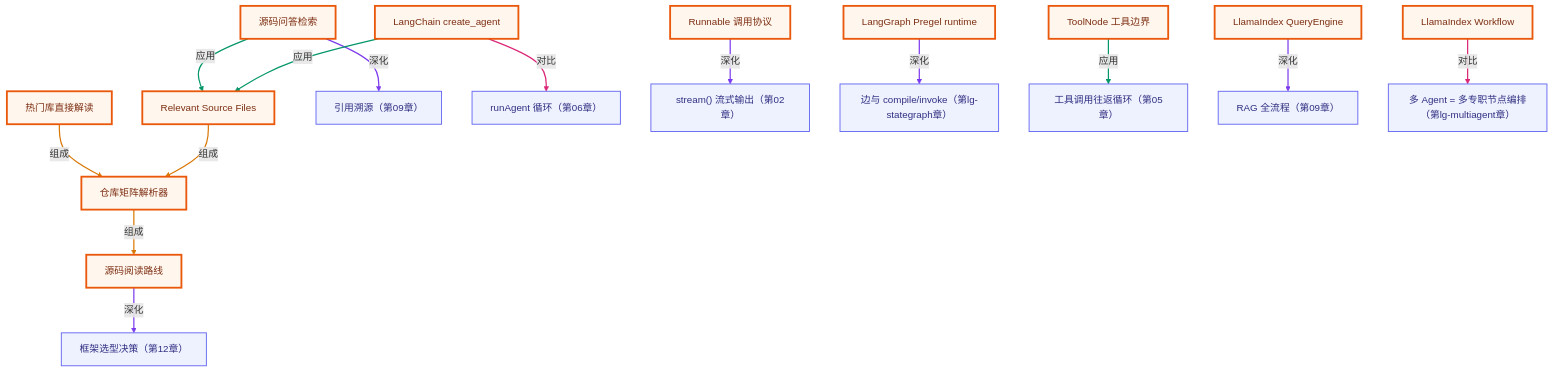
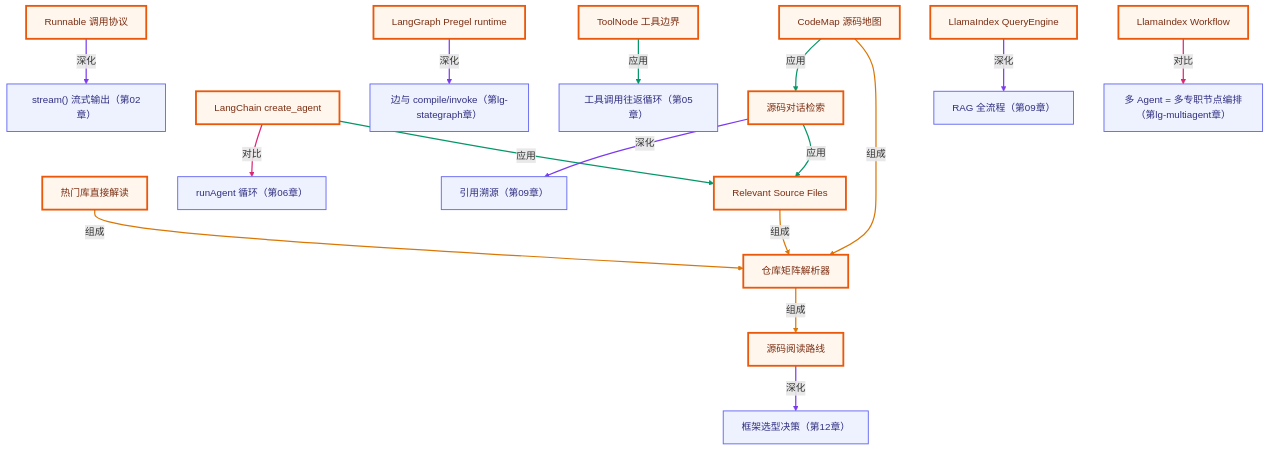
The diagram in source-analysis/README.md (songuu/agent), drawn with Mermaid before and after one commit. The commit also changed other lines of this file and 15 other files, not shown here.

Commit message:
feat(source-analysis): add source chat codemap mode

````diff
--- a/source-analysis/README.md
+++ b/source-analysis/README.md
@@ -198,52 +198,57 @@
 ```mermaid
 graph TB
   classDef own fill:#fff7ed,stroke:#ea580c,stroke-width:3px,color:#7c2d12;
   classDef cross fill:#eef2ff,stroke:#6366f1,stroke-width:1.5px,color:#312e81;
   n_srca_reading_map["源码阅读路线"]
   n_srca_popular_repositories["热门库直接解读"]
   n_srca_repository_matrix["仓库矩阵解析器"]
   n_srca_relevant_source_files["Relevant Source Files"]
-  n_srca_source_qa["源码问答检索"]
+  n_srca_source_qa["源码对话检索"]
+  n_srca_codemap["CodeMap 源码地图"]
   n_srca_langchain_agent_factory["LangChain create_agent"]
   n_srca_langchain_runnable["Runnable 调用协议"]
   n_srca_langgraph_runtime["LangGraph Pregel runtime"]
   n_srca_langgraph_tool_node["ToolNode 工具边界"]
   n_srca_llamaindex_query_engine["LlamaIndex QueryEngine"]
   n_srca_llamaindex_workflow["LlamaIndex Workflow"]
   n_c12_framework_choice["框架选型决策（第12章）"]
   n_c09_citation["引用溯源（第09章）"]
   n_c06_run_agent_loop["runAgent 循环（第06章）"]
   n_c02_stream["stream() 流式输出（第02章）"]
   n_lgsg_edges_compile["边与 compile/invoke（第lg-stategraph章）"]
   n_c05_roundtrip_loop["工具调用往返循环（第05章）"]
   n_c09_rag_pipeline["RAG 全流程（第09章）"]
   n_lgma_multi_agent["多 Agent = 多专职节点编排（第lg-multiagent章）"]
   n_srca_reading_map -->|深化| n_c12_framework_choice
   n_srca_popular_repositories -->|组成| n_srca_repository_matrix
   n_srca_repository_matrix -->|组成| n_srca_reading_map
   n_srca_relevant_source_files -->|组成| n_srca_repository_matrix
   n_srca_source_qa -->|应用| n_srca_relevant_source_files
+  n_srca_codemap -->|组成| n_srca_repository_matrix
+  n_srca_codemap -->|应用| n_srca_source_qa
   n_srca_source_qa -->|深化| n_c09_citation
   n_srca_langchain_agent_factory -->|应用| n_srca_relevant_source_files
   n_srca_langchain_agent_factory -->|对比| n_c06_run_agent_loop
   n_srca_langchain_runnable -->|深化| n_c02_stream
   n_srca_langgraph_runtime -->|深化| n_lgsg_edges_compile
   n_srca_langgraph_tool_node -->|应用| n_c05_roundtrip_loop
   n_srca_llamaindex_query_engine -->|深化| n_c09_rag_pipeline
   n_srca_llamaindex_workflow -->|对比| n_lgma_multi_agent
-  class n_srca_reading_map,n_srca_popular_repositories,n_srca_repository_matrix,n_srca_relevant_source_files,n_srca_source_qa,n_srca_langchain_agent_factory,n_srca_langchain_runnable,n_srca_langgraph_runtime,n_srca_langgraph_tool_node,n_srca_llamaindex_query_engine,n_srca_llamaindex_workflow own;
+  class n_srca_reading_map,n_srca_popular_repositories,n_srca_repository_matrix,n_srca_relevant_source_files,n_srca_source_qa,n_srca_codemap,n_srca_langchain_agent_factory,n_srca_langchain_runnable,n_srca_langgraph_runtime,n_srca_langgraph_tool_node,n_srca_llamaindex_query_engine,n_srca_llamaindex_workflow own;
   class n_c12_framework_choice,n_c09_citation,n_c06_run_agent_loop,n_c02_stream,n_lgsg_edges_compile,n_c05_roundtrip_loop,n_c09_rag_pipeline,n_lgma_multi_agent cross;
   linkStyle 0 stroke:#7c3aed,stroke-width:2px;
   linkStyle 1 stroke:#d97706,stroke-width:2px;
   linkStyle 2 stroke:#d97706,stroke-width:2px;
   linkStyle 3 stroke:#d97706,stroke-width:2px;
   linkStyle 4 stroke:#059669,stroke-width:2px;
-  linkStyle 5 stroke:#7c3aed,stroke-width:2px;
+  linkStyle 5 stroke:#d97706,stroke-width:2px;
   linkStyle 6 stroke:#059669,stroke-width:2px;
-  linkStyle 7 stroke:#db2777,stroke-width:2px;
-  linkStyle 8 stroke:#7c3aed,stroke-width:2px;
-  linkStyle 9 stroke:#7c3aed,stroke-width:2px;
-  linkStyle 10 stroke:#059669,stroke-width:2px;
+  linkStyle 7 stroke:#7c3aed,stroke-width:2px;
+  linkStyle 8 stroke:#059669,stroke-width:2px;
+  linkStyle 9 stroke:#db2777,stroke-width:2px;
+  linkStyle 10 stroke:#7c3aed,stroke-width:2px;
   linkStyle 11 stroke:#7c3aed,stroke-width:2px;
-  linkStyle 12 stroke:#db2777,stroke-width:2px;
+  linkStyle 12 stroke:#059669,stroke-width:2px;
+  linkStyle 13 stroke:#7c3aed,stroke-width:2px;
+  linkStyle 14 stroke:#db2777,stroke-width:2px;
 ```
````
